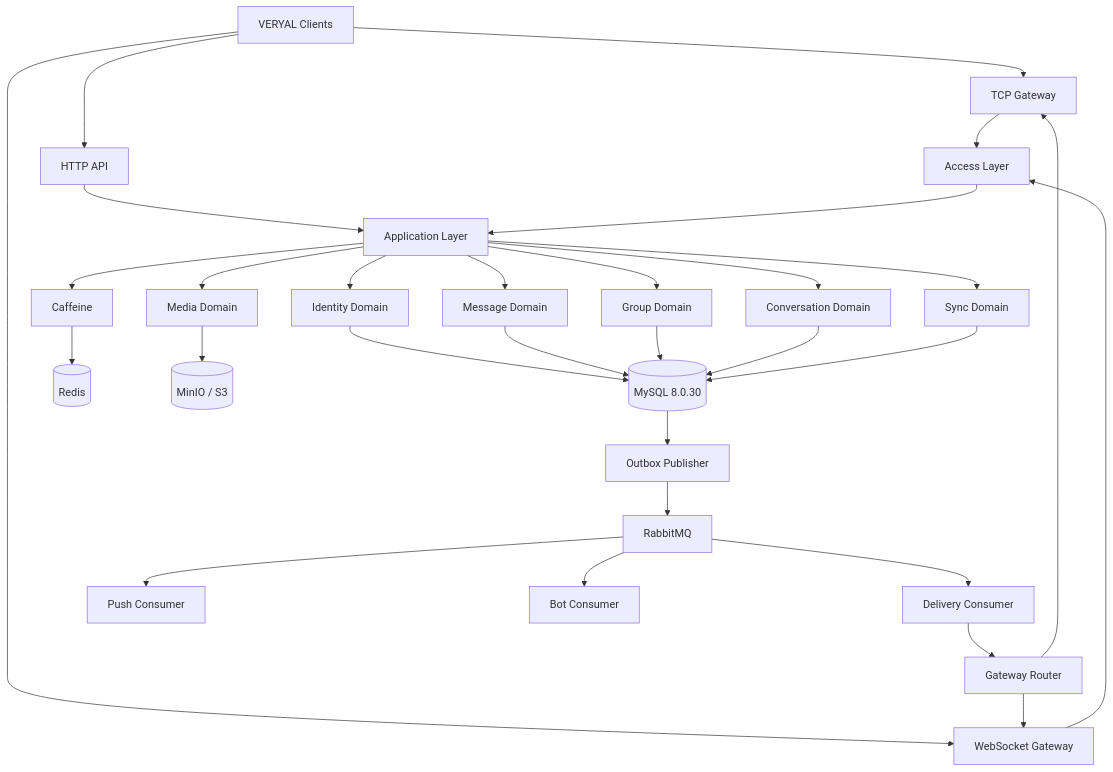
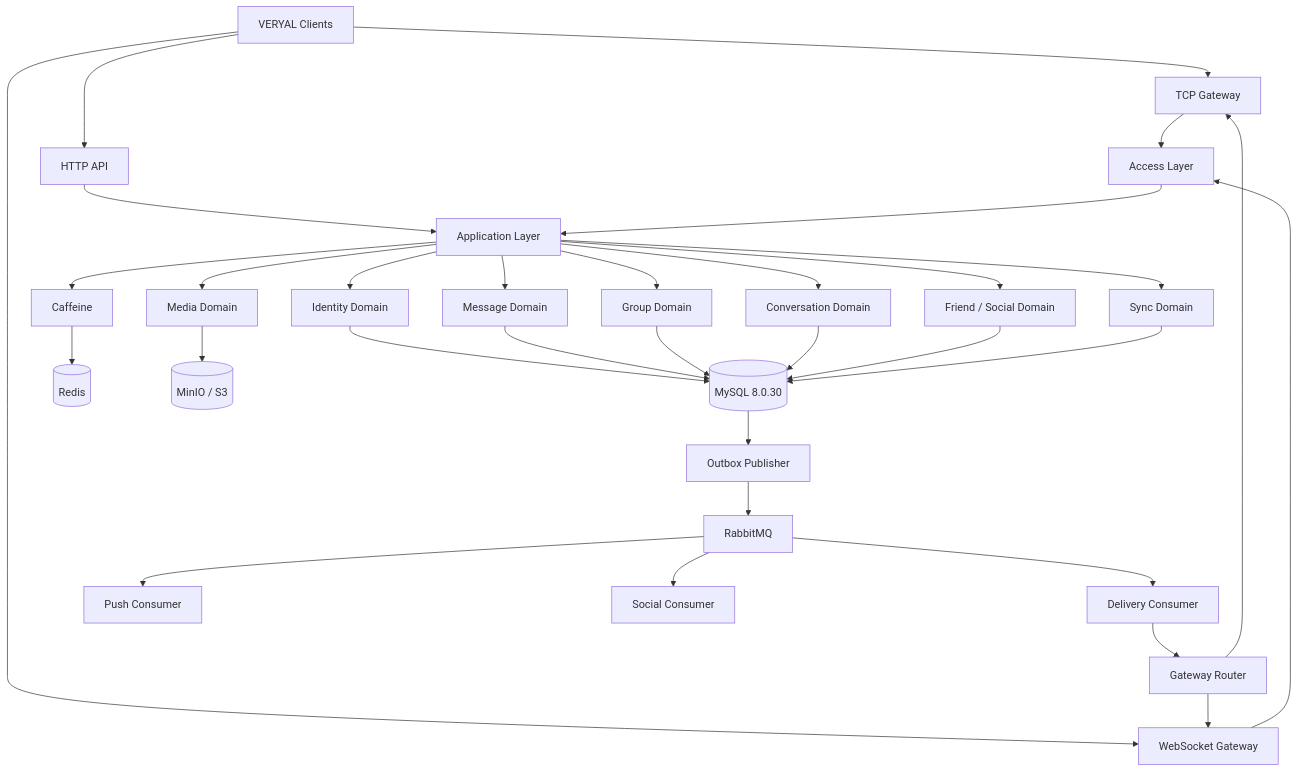
One commit to Thea-Wynne-Blis/veryaIM changed the first of 7 diagrams in docs/VERYAL-V1.0-技术架构与开发设计文档.md. Above: the diagram before and after it, drawn with Mermaid. The commit also changed other lines of this file and 3 other files, not shown here.

````diff
--- a/docs/VERYAL-V1.0-技术架构与开发设计文档.md
+++ b/docs/VERYAL-V1.0-技术架构与开发设计文档.md
@@ -256,44 +401,46 @@
 ```mermaid
 flowchart TB
 
     CLIENT[VERYAL Clients]
 
     CLIENT --> TCP[TCP Gateway]
     CLIENT --> WS[WebSocket Gateway]
     CLIENT --> HTTP[HTTP API]
 
     TCP --> ACCESS[Access Layer]
     WS --> ACCESS
     HTTP --> APP[Application Layer]
 
     ACCESS --> APP
 
     APP --> USER[Identity Domain]
     APP --> MESSAGE[Message Domain]
     APP --> GROUP[Group Domain]
     APP --> CONV[Conversation Domain]
+    APP --> FRIEND[Friend / Social Domain]
     APP --> SYNC[Sync Domain]
     APP --> MEDIA[Media Domain]
 
     USER --> MYSQL[(MySQL 8.0.30)]
     MESSAGE --> MYSQL
     GROUP --> MYSQL
     CONV --> MYSQL
+    FRIEND --> MYSQL
     SYNC --> MYSQL
 
     APP --> CACHE[Caffeine]
     CACHE --> REDIS[(Redis)]
 
     MYSQL --> OUTBOX[Outbox Publisher]
     OUTBOX --> MQ[RabbitMQ]
 
     MQ --> DELIVERY[Delivery Consumer]
     MQ --> PUSH[Push Consumer]
-    MQ --> BOT[Bot Consumer]
+    MQ --> SOCIAL[Social Consumer]
 
     DELIVERY --> ROUTER[Gateway Router]
     ROUTER --> TCP
     ROUTER --> WS
 
     MEDIA --> S3[(MinIO / S3)]
 ```
````
